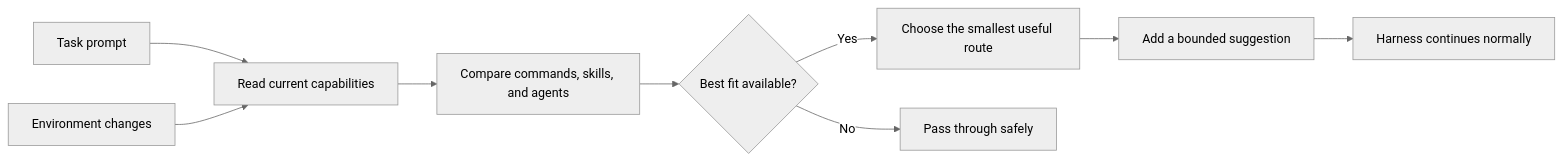
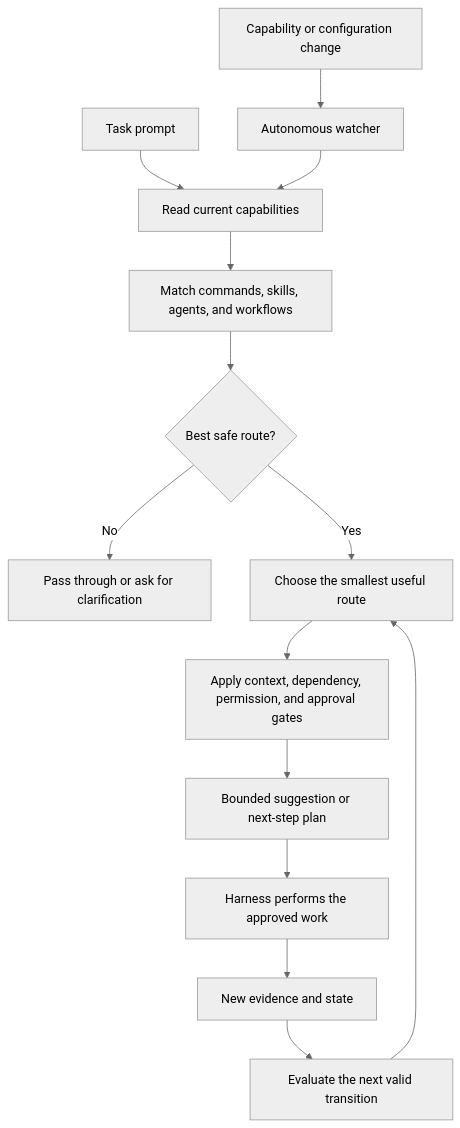
One commit to Guilherme1612/claude-router changed the diagram in README.md. Above: the diagram before and after it, drawn with Mermaid (neutral theme). The commit also changed other lines of this file, not shown here.

First line of the commit message:
docs: explain autonomous routing vision

````diff
--- a/README.md
+++ b/README.md
@@ -34,11 +43,16 @@
 ```mermaid
-flowchart LR
+flowchart TD
     A["Task prompt"] --> B["Read current capabilities"]
-    B --> C["Compare commands, skills, and agents"]
-    C --> D{"Best fit available?"}
-    D -->|Yes| E["Choose the smallest useful route"]
-    E --> F["Add a bounded suggestion"]
-    F --> G["Harness continues normally"]
-    D -->|No| H["Pass through safely"]
-    I["Environment changes"] --> B
+    B --> C["Match commands, skills, agents, and workflows"]
+    C --> D{"Best safe route?"}
+    D -->|No| E["Pass through or ask for clarification"]
+    D -->|Yes| F["Choose the smallest useful route"]
+    F --> G["Apply context, dependency, permission, and approval gates"]
+    G --> H["Bounded suggestion or next-step plan"]
+    H --> I["Harness performs the approved work"]
+    I --> J["New evidence and state"]
+    J --> K["Evaluate the next valid transition"]
+    K --> F
+    L["Capability or configuration change"] --> M["Autonomous watcher"]
+    M --> B
 ```
````
